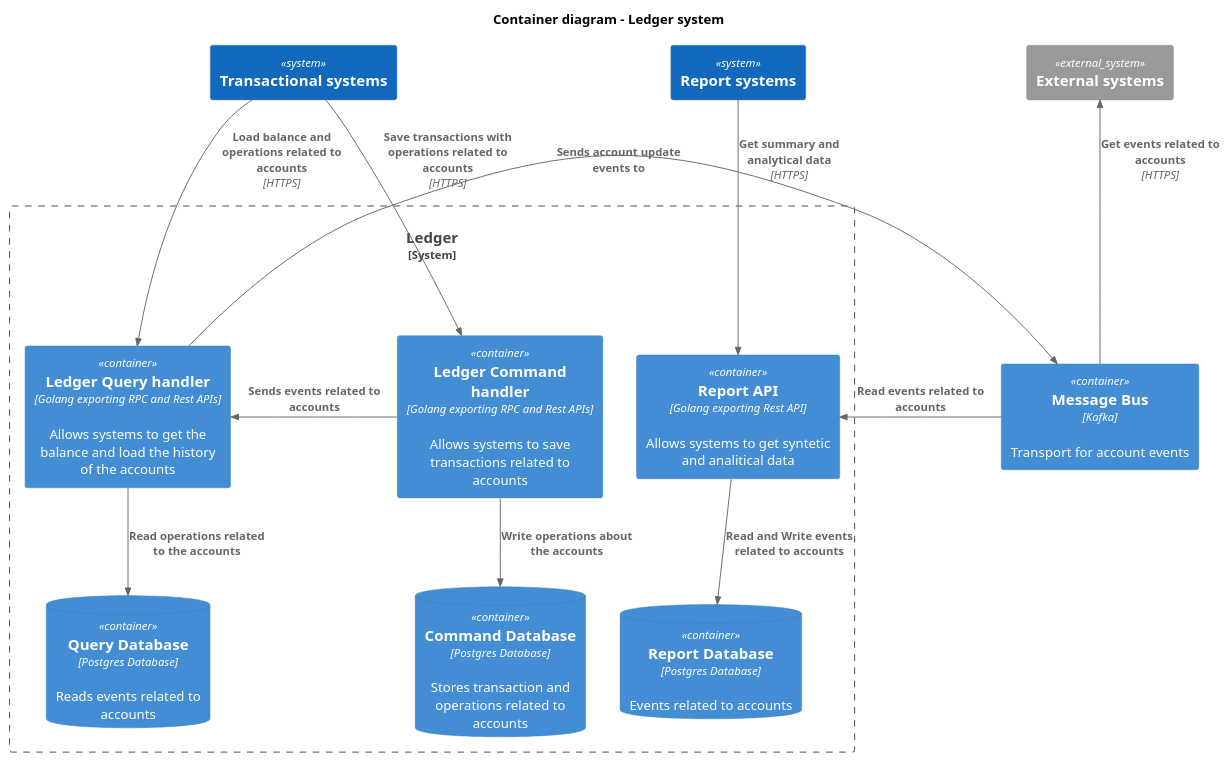
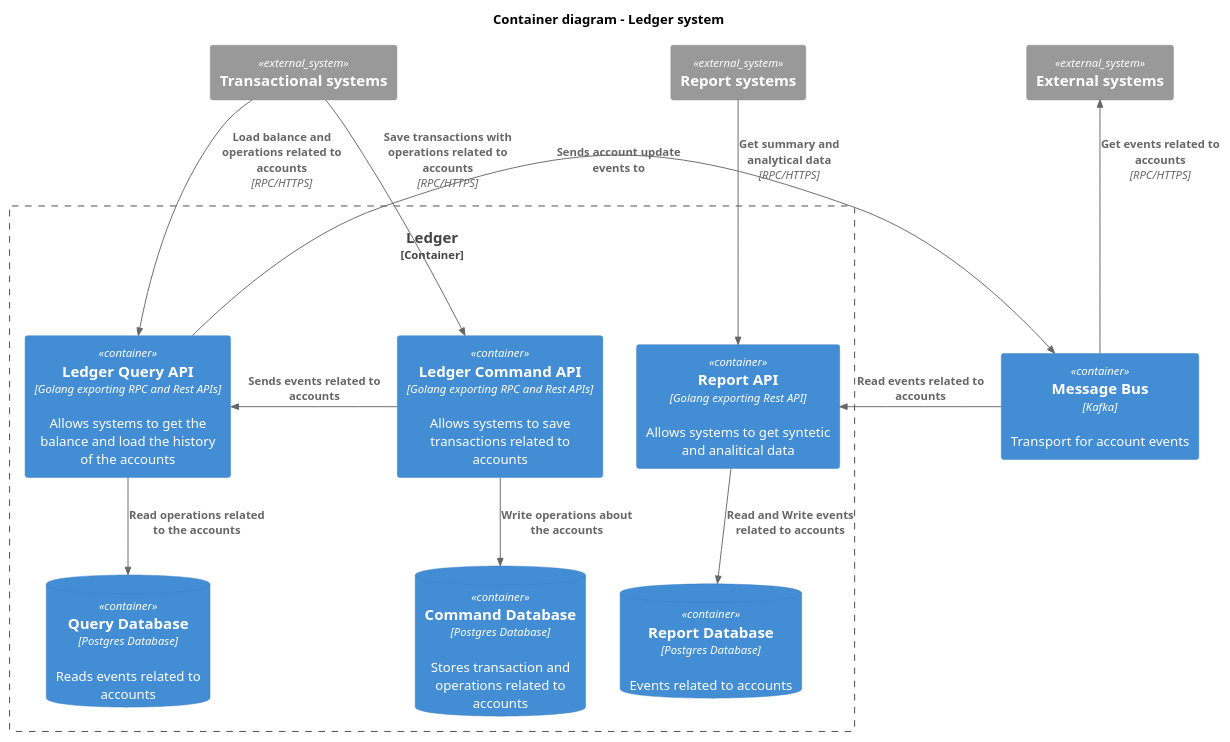
The diagram in docs/c4model/level_2_step_by_step/level_2_d_container_diagram.puml (fernandodr19/the-amazing-ledger), drawn with PlantUML before and after one commit. The commit also changed 15 other files, not shown here.

Commit message:
docs: improvements in c4 diagrams

```diff
--- a/docs/c4model/level_2_step_by_step/level_2_d_container_diagram.puml
+++ b/docs/c4model/level_2_step_by_step/level_2_d_container_diagram.puml
@@ -1,46 +1,46 @@
 @startuml Basic Sample
 !includeurl https://raw.githubusercontent.com/RicardoNiepel/C4-PlantUML/release/1-0/C4_Container.puml
 
 ' LAYOUT_LEFT_RIGHT
 ' LAYOUT_WITH_LEGEND()
 
 title Container diagram - Ledger system
 
-System(transactional_systems, "Transactional systems")
-System(report_systems, "Report systems")
+System_Ext(transactional_systems, "Transactional systems")
+System_Ext(report_systems, "Report systems")
 System_Ext(external_systems, "External systems")
 
-System_Boundary(ledger, "Ledger") {
-    Container(ledger_command_api, "Ledger Command handler", "Golang exporting RPC and Rest APIs", "Allows systems to save transactions related to accounts")
-    Container(ledger_query_api, "Ledger Query handler", "Golang exporting RPC and Rest APIs", "Allows systems to get the balance and load the history of the accounts")
+Container_Boundary(ledger, "Ledger") {
+    Container(ledger_command_api, "Ledger Command API", "Golang exporting RPC and Rest APIs", "Allows systems to save transactions related to accounts")
+    Container(ledger_query_api, "Ledger Query API", "Golang exporting RPC and Rest APIs", "Allows systems to get the balance and load the history of the accounts")
     ContainerDb(query_database, "Query Database", "Postgres Database", "Reads events related to accounts")
     ContainerDb(command_database, "Command Database", "Postgres Database", "Stores transaction and operations related to accounts")
     Container(report_api, "Report API", "Golang exporting Rest API", "Allows systems to get syntetic and analitical data")
     ContainerDb(report_database, "Report Database", "Postgres Database", "Events related to accounts")
 }
 
 Container(message_bus, "Message Bus", "Kafka", "Transport for account events")
 
 Rel_Neighbor(ledger_query_api, message_bus, "Sends account update events to")
 
 Rel(ledger_command_api, command_database, "Write operations about the accounts")
 Rel(ledger_query_api, query_database, "Read operations related to the accounts")
 
-Rel(transactional_systems, ledger_command_api, "Save transactions with operations related to accounts", "HTTPS")
-Rel(transactional_systems, ledger_query_api, "Load balance and operations related to accounts", "HTTPS")
+Rel(transactional_systems, ledger_command_api, "Save transactions with operations related to accounts", "RPC/HTTPS")
+Rel(transactional_systems, ledger_query_api, "Load balance and operations related to accounts", "RPC/HTTPS")
 
 ' System_Boundary(reports, "Report systems") {
 ' }
 
 Rel(report_api, report_database, "Read and Write events related to accounts")
 Rel_Back_Neighbor(report_api, message_bus, "Read events related to accounts")
 
-Rel(report_systems, report_api, "Get summary and analytical data", "HTTPS")
+Rel(report_systems, report_api, "Get summary and analytical data", "RPC/HTTPS")
 
-Rel_Back(external_systems, message_bus, "Get events related to accounts", "HTTPS")
+Rel_Back(external_systems, message_bus, "Get events related to accounts", "RPC/HTTPS")
 
 Rel_Neighbor(ledger_command_api, ledger_query_api, "Sends events related to accounts")
 
 ' Lay_R(ledger_command_api, ledger_query_api)
 
 @enduml
```
